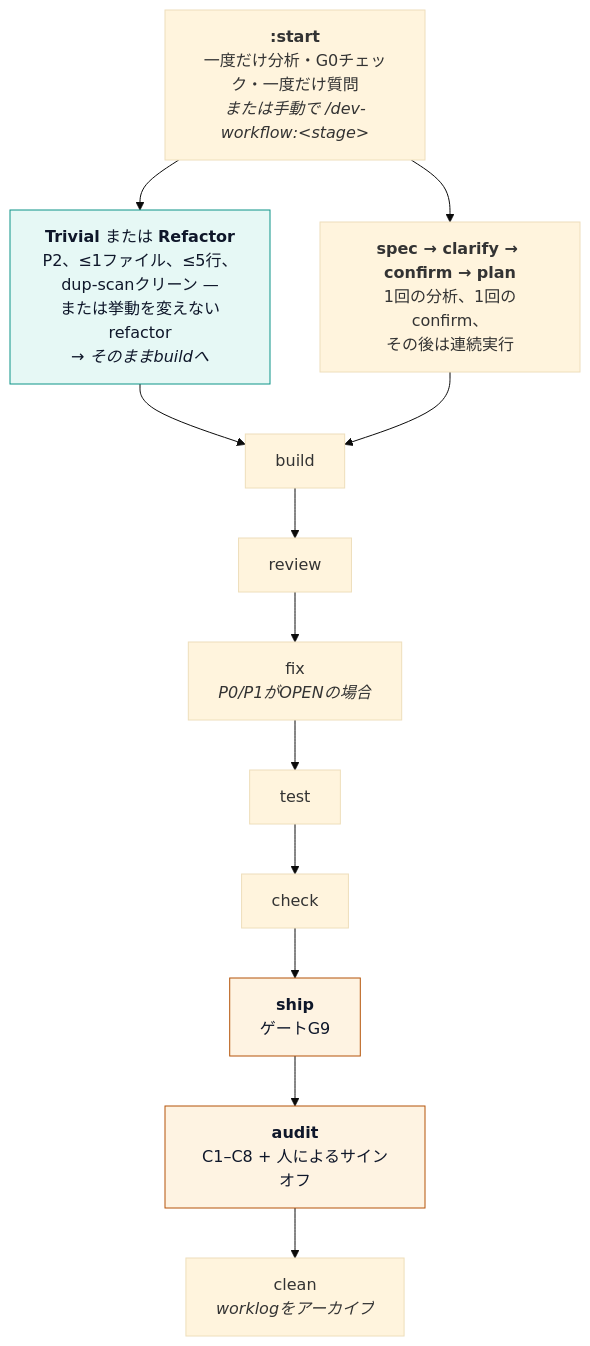
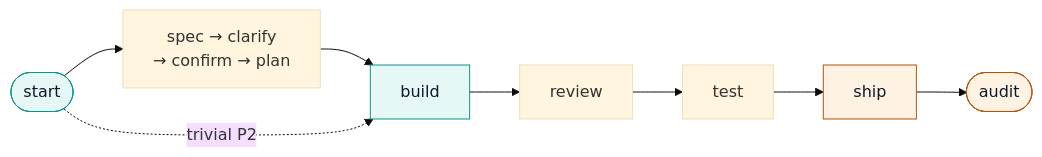
Before and after one commit to ninhlee99/dev-workflow: the diagram in README.ja.md, drawn with Mermaid (base theme). The commit also changed other lines of this file and 2 other files, not shown here.

Commit message:
docs: compact the README flow diagram to one horizontal row
The vertical flowchart with bold/italic multi-line HTML labels ate a
lot of visual space for a front-door doc. Replaced with a single LR
row (start -> spec/clarify/confirm/plan -> build -> review -> test ->
ship -> audit) plus a dashed trivial-P2 shortcut straight to build,
keeping the same fast/gate color coding. Stages dropped from the
diagram for space (fix/check/clean) are named in the caption line with
a link to USER-GUIDE §3 for the full sequence, so nothing is lost.

Applied identically to README.vi.md and README.ja.md — all three stay
in lockstep at 105 lines.

Claude-Session: https://claude.ai/code/session_01WpMD6YmGymMifFkcK7ehBs

````diff
--- a/README.ja.md
+++ b/README.ja.md
@@ -49,27 +49,10 @@
 ```mermaid
-flowchart TD
-    start["<b>:start</b><br/>一度だけ分析・G0チェック・一度だけ質問<br/><i>または手動で /dev-workflow:&lt;stage&gt;</i>"]
-
-    trivial["<b>Trivial</b> または <b>Refactor</b><br/>P2、≤1ファイル、≤5行、dup-scanクリーン —<br/>または挙動を変えないrefactor<br/><i>→ そのままbuildへ</i>"]
-    full["<b>spec → clarify → confirm → plan</b><br/>1回の分析、1回のconfirm、<br/>その後は連続実行"]
-
-    build[build]
-    review[review]
-    fix["fix<br/><i>P0/P1がOPENの場合</i>"]
-    test[test]
-    check[check]
-    ship["<b>ship</b><br/>ゲートG9"]
-    audit["<b>audit</b><br/>C1–C8 + 人によるサインオフ"]
-    clean["clean<br/><i>worklogをアーカイブ</i>"]
-
-    start --> trivial
-    start --> full
-    trivial --> build
-    full --> build
-    build --> review --> fix --> test --> check --> ship --> audit --> clean
+flowchart LR
+    start(["start"]) --> spec["spec → clarify\n→ confirm → plan"] --> build --> review --> test --> ship --> audit(["audit"])
+    start -.trivial P2.-> build
 
     classDef fast fill:#e6f8f5,stroke:#0d9488,color:#0f172a;
     classDef gate fill:#fef3e2,stroke:#b45309,color:#0f172a;
-    class trivial fast
+    class start,build fast
     class ship,audit gate
 ```
````
